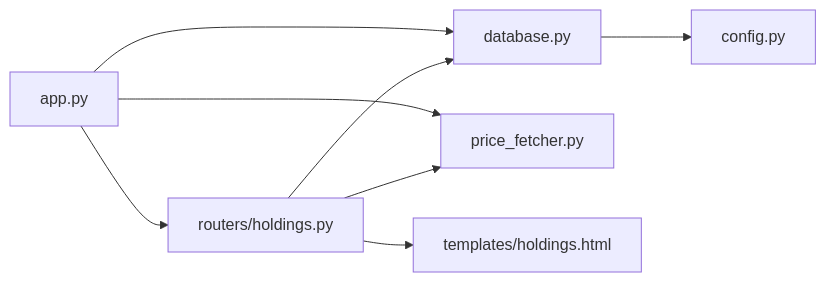
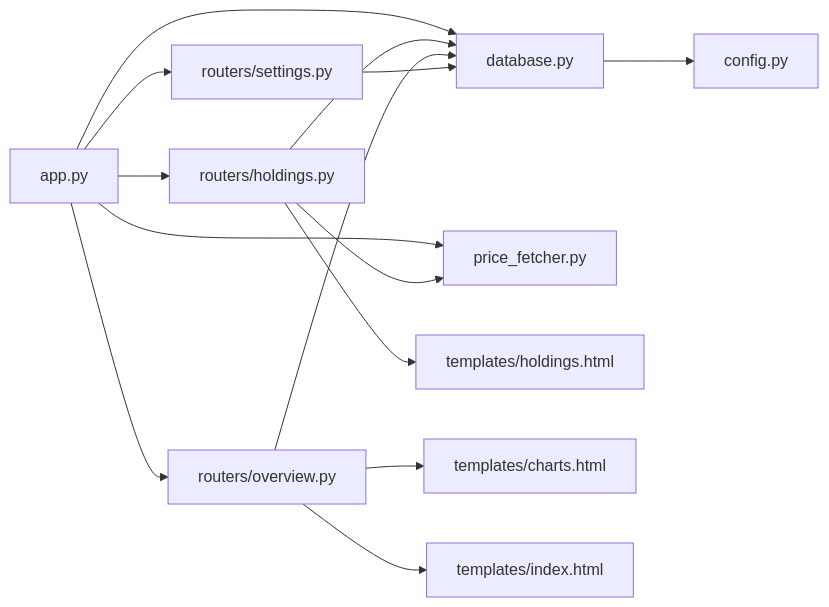
Before and after one commit to macrohuang/invest-log: the sixth of 6 diagrams in .qoder/repowiki/zh/content/核心功能模块/投资组合管理.md, drawn with Mermaid. The commit also changed other lines of this file and 11 other files, not shown here.

````diff
--- a/.qoder/repowiki/zh/content/核心功能模块/投资组合管理.md
+++ b/.qoder/repowiki/zh/content/核心功能模块/投资组合管理.md
@@ -273,10 +402,16 @@
 ```mermaid
 graph LR
 APP["app.py"] --> HOLD["routers/holdings.py"]
+APP --> OVER["routers/overview.py"]
+APP --> SETTINGS["routers/settings.py"]
 APP --> DB["database.py"]
 APP --> PF["price_fetcher.py"]
 HOLD --> DB
 HOLD --> PF
+OVER --> DB
+SETTINGS --> DB
 DB --> CFG["config.py"]
-HOLD --> TPL["templates/holdings.html"]
+HOLD --> TPL1["templates/holdings.html"]
+OVER --> TPL2["templates/charts.html"]
+OVER --> TPL3["templates/index.html"]
 ```
````
